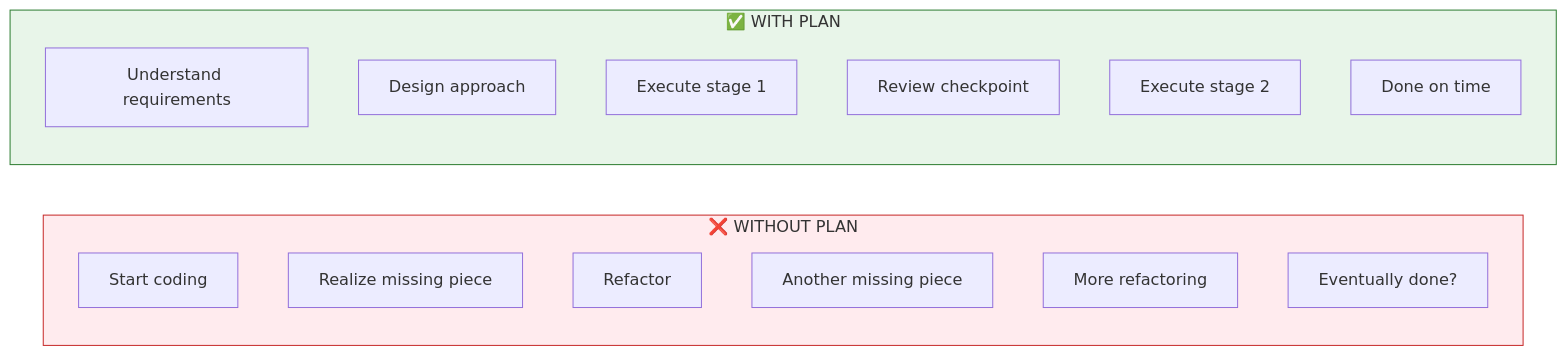
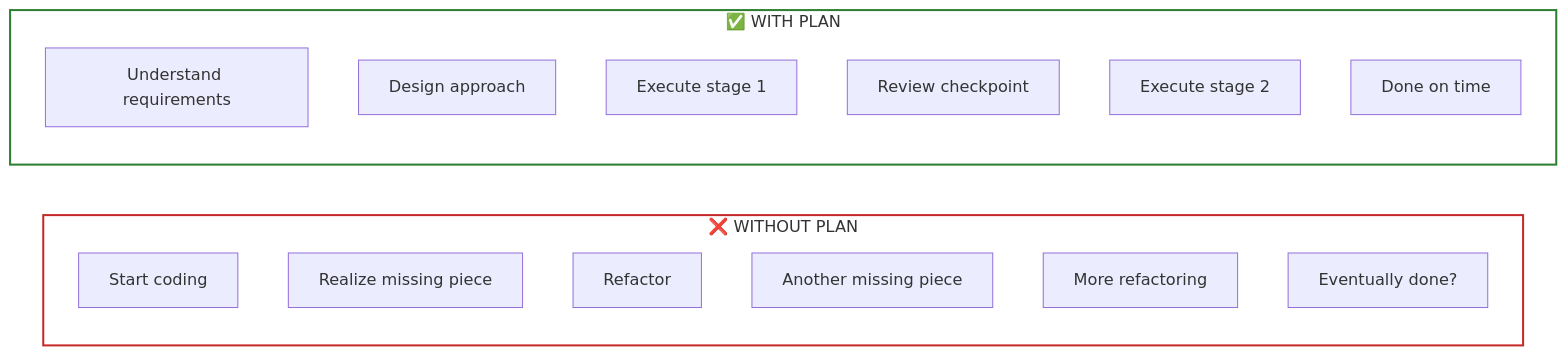
Before and after one commit to lbijeau/codex-training: the first of 4 diagrams in docs/modules/06-planning.md, drawn with Mermaid.

Commit message:
style: test transparent subgraph background with border

````diff
--- a/docs/modules/06-planning.md
+++ b/docs/modules/06-planning.md
@@ -23,23 +23,23 @@
 ```mermaid
 flowchart LR
     subgraph no_plan["❌ WITHOUT PLAN"]
         N1["Start coding"]
         N2["Realize missing piece"]
         N3["Refactor"]
         N4["Another missing piece"]
         N5["More refactoring"]
         N6["Eventually done?"]
     end
 
     subgraph with_plan["✅ WITH PLAN"]
         P1["Understand requirements"]
         P2["Design approach"]
         P3["Execute stage 1"]
         P4["Review checkpoint"]
         P5["Execute stage 2"]
         P6["Done on time"]
     end
 
-    style no_plan fill:#ffebee,stroke:#c62828
-    style with_plan fill:#e8f5e9,stroke:#2e7d32
+    style no_plan fill:none,stroke:#c62828,stroke-width:2px
+    style with_plan fill:none,stroke:#2e7d32,stroke-width:2px
 ```
````
